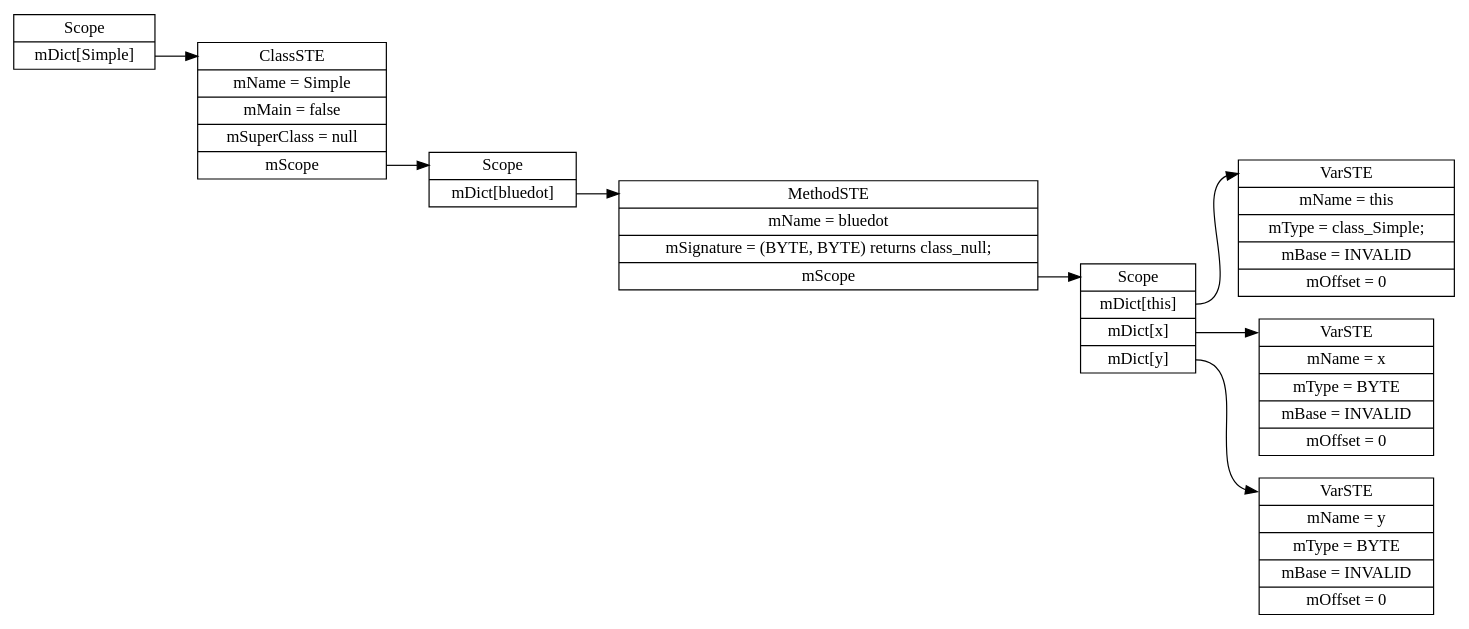
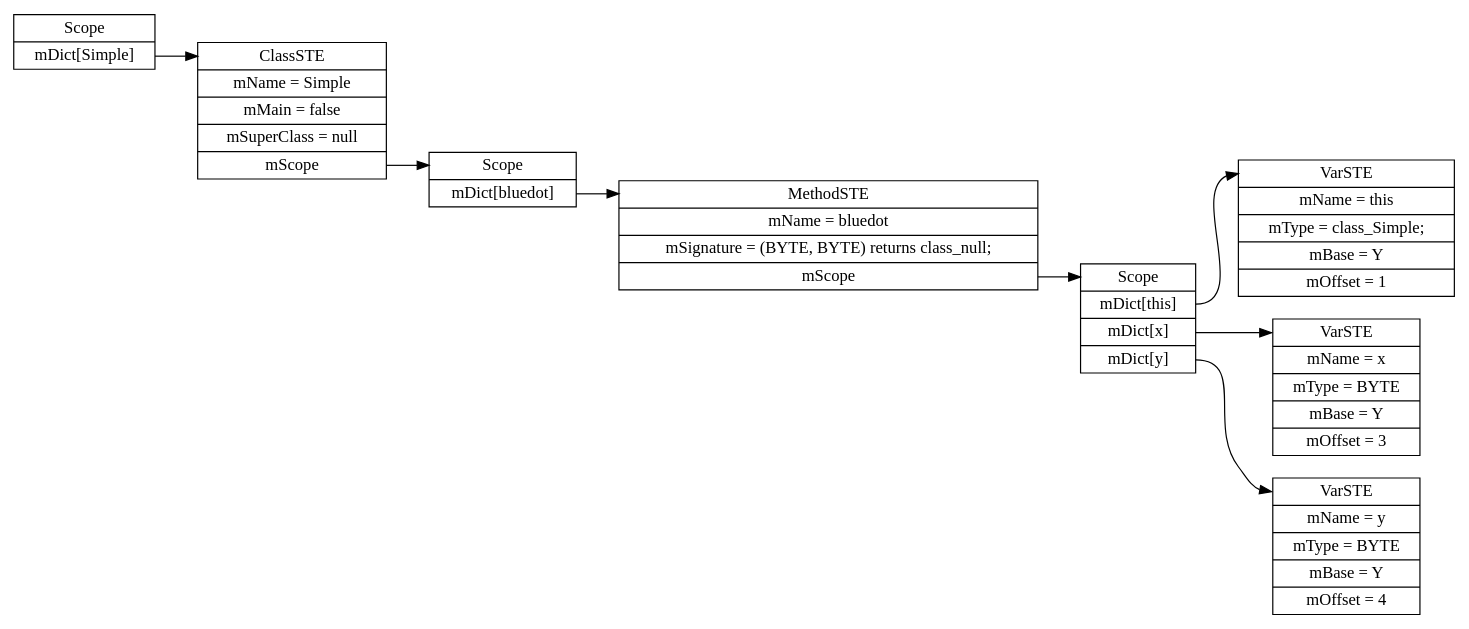
Before and after one commit to danteisalive/AVRCompiler: the diagram in PA3/PA3Examples/PA4bluedot.java.ST.dot, drawn with Graphviz. The commit also changed 121 other files, not shown here.

```diff
--- a/PA3/PA3Examples/PA4bluedot.java.ST.dot
+++ b/PA3/PA3Examples/PA4bluedot.java.ST.dot
@@ -1,19 +1,19 @@
 digraph SymTable {
 	graph [rankdir="LR"];
 	node [shape=record];
 	0 [label=" <f0> Scope | <f1> mDict\[Simple\] "];
 	0:<f1> -> 1:<f0>;
 	1 [label=" <f0> ClassSTE | <f1> mName = Simple| <f2> mMain = false| <f3> mSuperClass = null| <f4> mScope "];
 	1:<f4> -> 2:<f0>;
 	2 [label=" <f0> Scope | <f1> mDict\[bluedot\] "];
 	2:<f1> -> 3:<f0>;
 	3 [label=" <f0> MethodSTE | <f1> mName = bluedot| <f2> mSignature = (BYTE, BYTE) returns class_null;| <f3> mScope "];
 	3:<f3> -> 4:<f0>;
 	4 [label=" <f0> Scope | <f1> mDict\[this\] | <f2> mDict\[x\] | <f3> mDict\[y\] "];
 	4:<f1> -> 5:<f0>;
-	5 [label=" <f0> VarSTE | <f1> mName = this| <f2> mType = class_Simple;| <f3> mBase = INVALID| <f4> mOffset = 0"];
+	5 [label=" <f0> VarSTE | <f1> mName = this| <f2> mType = class_Simple;| <f3> mBase = Y| <f4> mOffset = 1"];
 	4:<f2> -> 6:<f0>;
-	6 [label=" <f0> VarSTE | <f1> mName = x| <f2> mType = BYTE| <f3> mBase = INVALID| <f4> mOffset = 0"];
+	6 [label=" <f0> VarSTE | <f1> mName = x| <f2> mType = BYTE| <f3> mBase = Y| <f4> mOffset = 3"];
 	4:<f3> -> 7:<f0>;
-	7 [label=" <f0> VarSTE | <f1> mName = y| <f2> mType = BYTE| <f3> mBase = INVALID| <f4> mOffset = 0"];
+	7 [label=" <f0> VarSTE | <f1> mName = y| <f2> mType = BYTE| <f3> mBase = Y| <f4> mOffset = 4"];
 }
```
